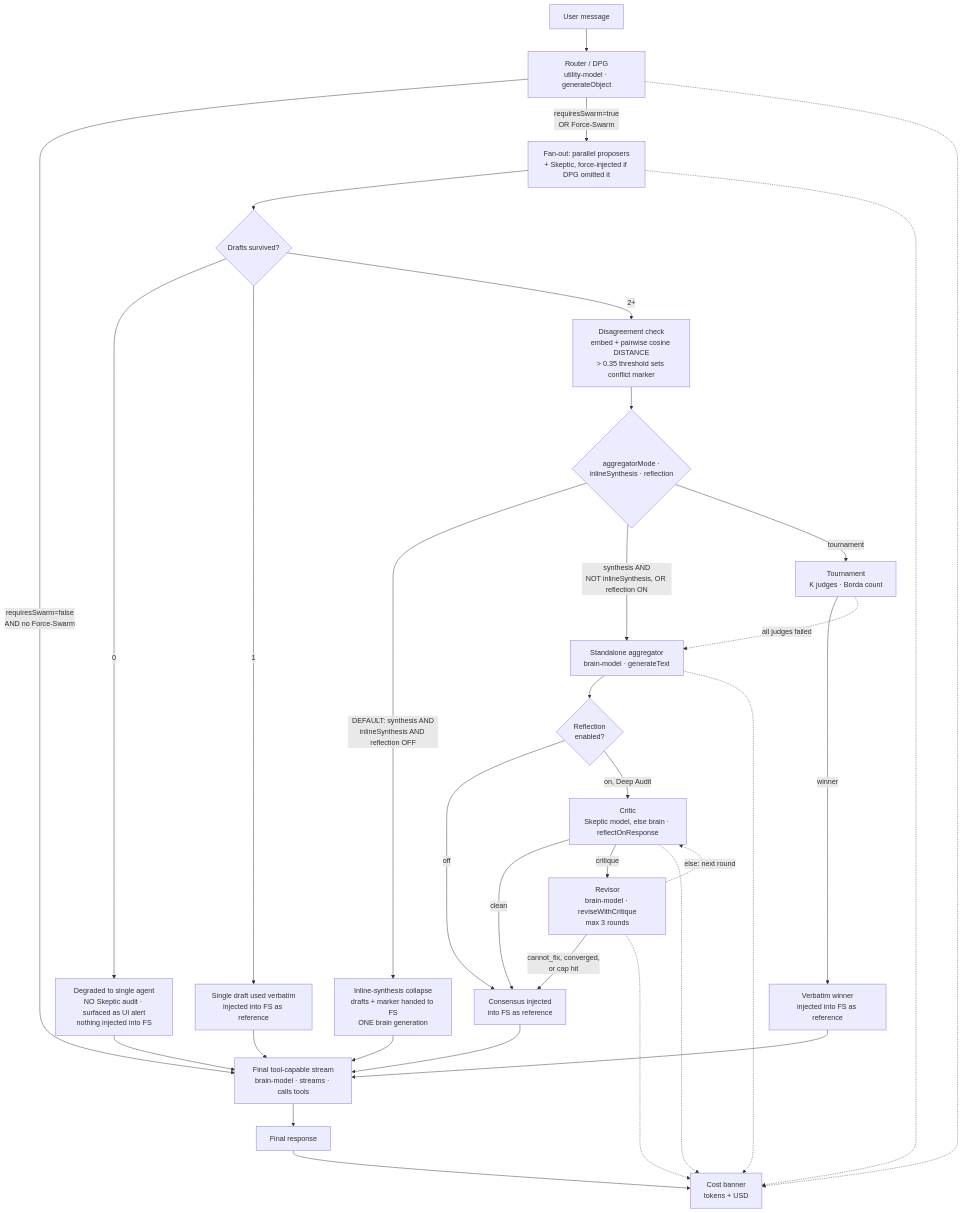
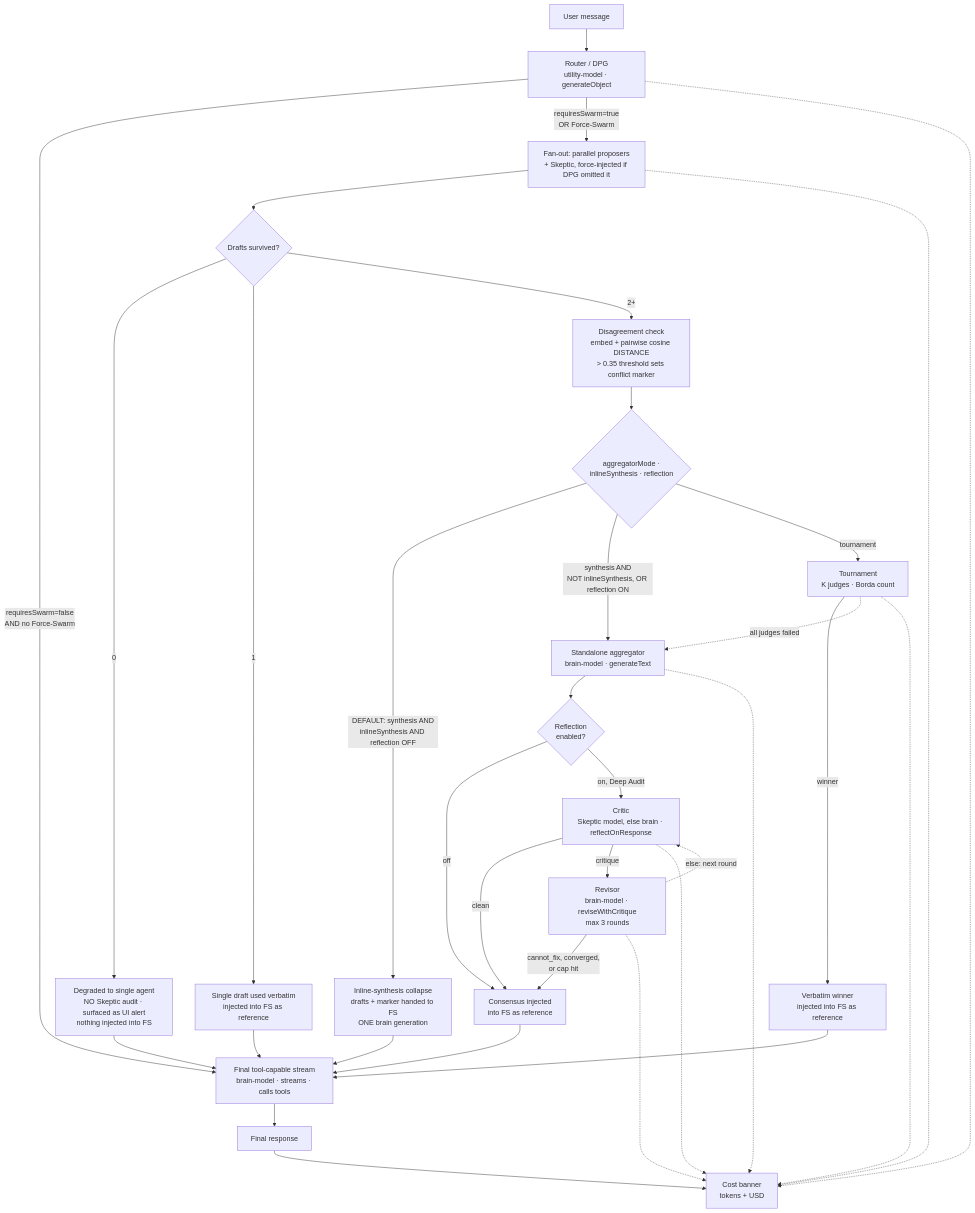
Before and after one commit to aleksbuss/orchestra: the diagram in README.md, drawn with Mermaid.

Commit message:
docs(readme): fix missing tournament cost edge in MoA diagram
A line-by-line re-check against the actual source (per-file re-read of
moa.ts, disagreement.ts, moa-reflection.ts, reflection.ts, moa-router.ts,
moa-personas.ts, tournament-aggregator.ts) confirmed the prior commit's
fix holds, but found one new gap: the tournament node had no edge into
the cost banner. tournament-aggregator.ts accumulates each judge's usage
into cumulativeUsage (lines 256-266) regardless of whether a winner is
found, and moa.ts merges it into moaUsage before checking for a winner —
so a tournament run always contributes tokens to the banner, on both its
outgoing paths (verbatim winner or all-judges-failed fallback). Also used
this pass to confirm "Borda count" directly against the implementation
(bordaCount() in tournament-aggregator.ts), not just a comment referencing
it, since an earlier DoubleTake pass had flagged that claim as unsupported
from an incompletely-inlined prompt.

````diff
--- a/README.md
+++ b/README.md
@@ -100,41 +100,42 @@
 ```mermaid
 flowchart TD
     U[User message] --> R[Router / DPG<br/>utility-model · generateObject]
     R -->|requiresSwarm=false<br/>AND no Force-Swarm| FS[Final tool-capable stream<br/>brain-model · streams · calls tools]
     R -->|requiresSwarm=true<br/>OR Force-Swarm| FAN[Fan-out: parallel proposers<br/>+ Skeptic, force-injected if DPG omitted it]
 
     FAN --> SURV{Drafts survived?}
     SURV -->|0| DEG[Degraded to single agent<br/>NO Skeptic audit · surfaced as UI alert<br/>nothing injected into FS]
     SURV -->|1| S1[Single draft used verbatim<br/>injected into FS as reference]
     SURV -->|2+| DD[Disagreement check<br/>embed + pairwise cosine DISTANCE<br/>&gt; 0.35 threshold sets conflict marker]
 
     DEG --> FS
     S1 --> FS
 
     DD --> GATE{aggregatorMode ·<br/>inlineSynthesis · reflection}
     GATE -->|DEFAULT: synthesis AND<br/>inlineSynthesis AND reflection OFF| INL[Inline-synthesis collapse<br/>drafts + marker handed to FS<br/>ONE brain generation]
     GATE -->|synthesis AND<br/>NOT inlineSynthesis, OR reflection ON| AGG[Standalone aggregator<br/>brain-model · generateText]
     GATE -->|tournament| TQ[Tournament<br/>K judges · Borda count]
 
     INL --> FS
     TQ -->|winner| TW[Verbatim winner<br/>injected into FS as reference]
     TW --> FS
     TQ -.->|all judges failed| AGG
 
     AGG --> RGATE{Reflection<br/>enabled?}
     RGATE -->|off| REFOUT[Consensus injected<br/>into FS as reference]
     RGATE -->|on, Deep Audit| CRIT[Critic<br/>Skeptic model, else brain · reflectOnResponse]
     CRIT -->|clean| REFOUT
     CRIT -->|critique| REV[Revisor<br/>brain-model · reviseWithCritique<br/>max 3 rounds]
     REV -->|cannot_fix, converged,<br/>or cap hit| REFOUT
     REV -.->|else: next round| CRIT
     REFOUT --> FS
 
     FS --> OUT[Final response]
     OUT --> CB[Cost banner<br/>tokens + USD]
     R -.-> CB
     FAN -.-> CB
     AGG -.-> CB
+    TQ -.-> CB
     CRIT -.-> CB
     REV -.-> CB
 ```
````
